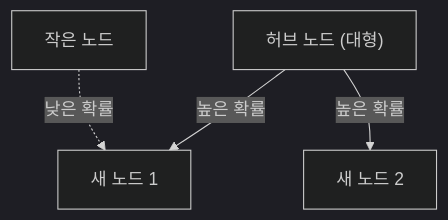
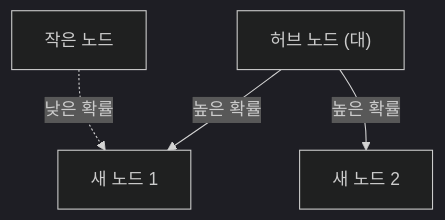
Before and after one commit to kenjinote/blog: the diagram in content/post/zipfs-law/index.ko.md, drawn with Mermaid (dark theme). The commit also changed other lines of this file and 97 other files, not shown here.

````diff
--- a/content/post/zipfs-law/index.ko.md
+++ b/content/post/zipfs-law/index.ko.md
@@ -115,6 +115,6 @@
 ```mermaid
 graph TD
-  A["허브 노드 (대형)"] -->|"높은 확률"| B["새 노드 1"]
+  A["허브 노드 (대)"] -->|"높은 확률"| B["새 노드 1"]
   A -->|"높은 확률"| C["새 노드 2"]
   D["작은 노드"] -.->|"낮은 확률"| B
 ```
````
